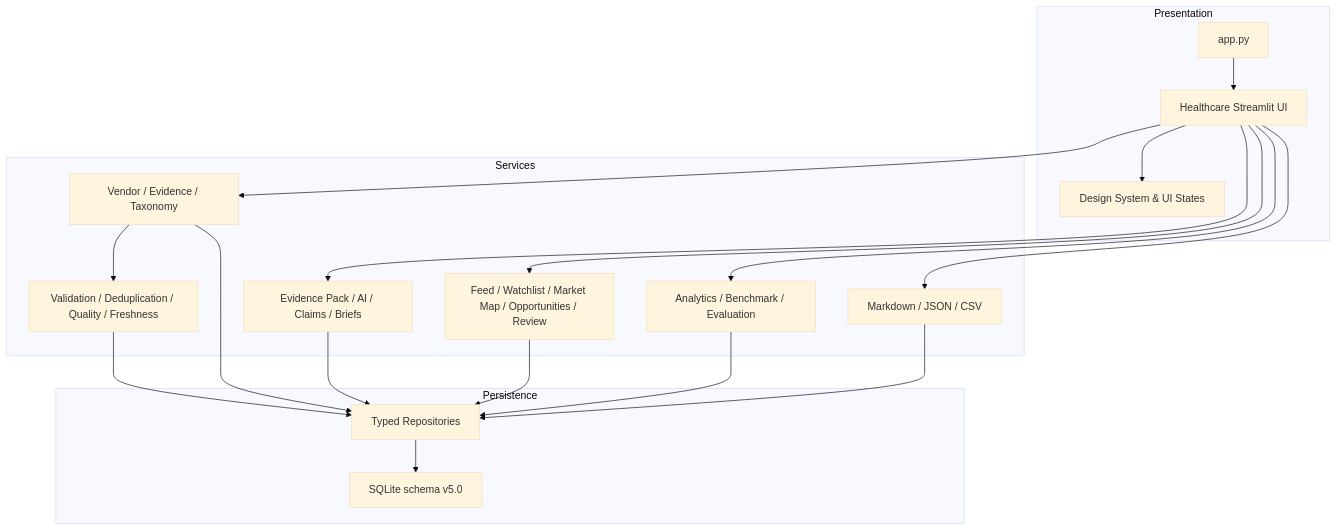
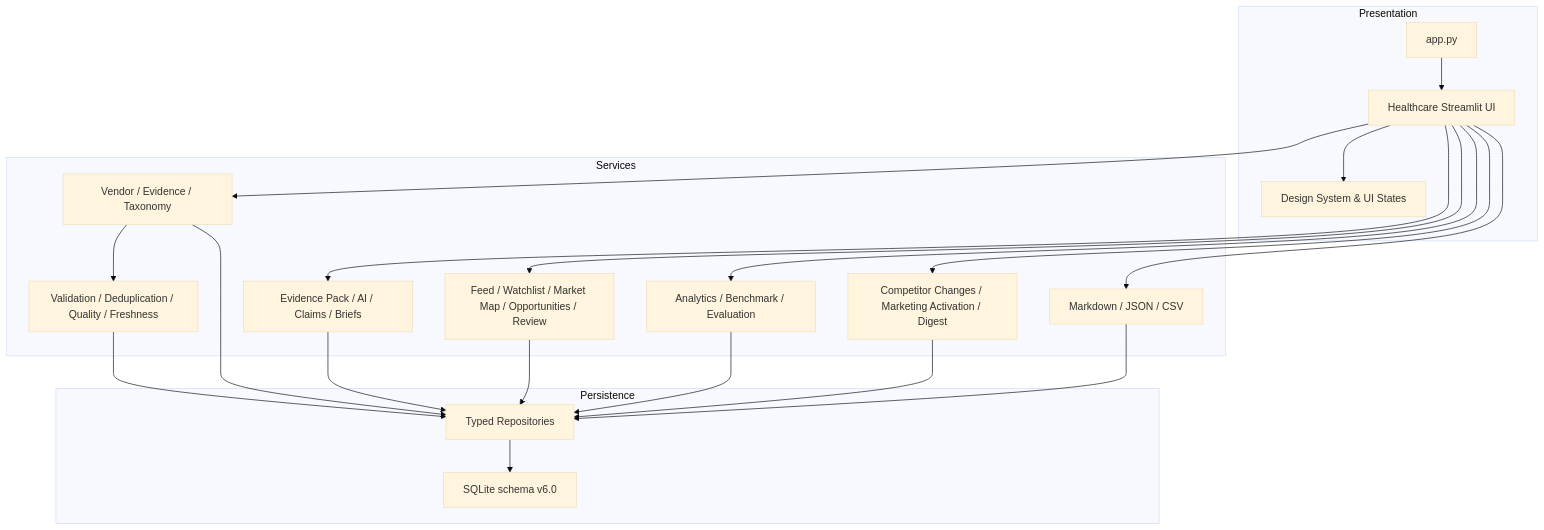
Before and after one commit to zhengyb-hub/healthcare-market-intelligence-agent: the first of 2 diagrams in ARCHITECTURE.md, drawn with Mermaid (base theme). The commit also changed other lines of this file and 22 other files, not shown here.

Commit message:
Add evidence-grounded marketing activation release

````diff
--- a/ARCHITECTURE.md
+++ b/ARCHITECTURE.md
@@ -7,33 +7,36 @@
 ```mermaid
 flowchart TB
     subgraph Presentation
         APP["app.py"] --> UI["Healthcare Streamlit UI"]
         UI --> COMPONENTS["Design System & UI States"]
     end
 
     subgraph Services
         FOUNDATION["Vendor / Evidence / Taxonomy"]
         QUALITY["Validation / Deduplication / Quality / Freshness"]
         INTELLIGENCE["Evidence Pack / AI / Claims / Briefs"]
         WORKFLOW["Feed / Watchlist / Market Map / Opportunities / Review"]
         ANALYTICS["Analytics / Benchmark / Evaluation"]
+        ACTIVATION["Competitor Changes / Marketing Activation / Digest"]
         EXPORT["Markdown / JSON / CSV"]
     end
 
     subgraph Persistence
-        REPOSITORIES["Typed Repositories"] --> SQLITE["SQLite schema v5.0"]
+        REPOSITORIES["Typed Repositories"] --> SQLITE["SQLite schema v6.0"]
     end
 
     UI --> FOUNDATION
     UI --> INTELLIGENCE
     UI --> WORKFLOW
     UI --> ANALYTICS
+    UI --> ACTIVATION
     UI --> EXPORT
     FOUNDATION --> QUALITY
     QUALITY --> REPOSITORIES
     FOUNDATION --> REPOSITORIES
     INTELLIGENCE --> REPOSITORIES
     WORKFLOW --> REPOSITORIES
     ANALYTICS --> REPOSITORIES
+    ACTIVATION --> REPOSITORIES
     EXPORT --> REPOSITORIES
 ```
````
